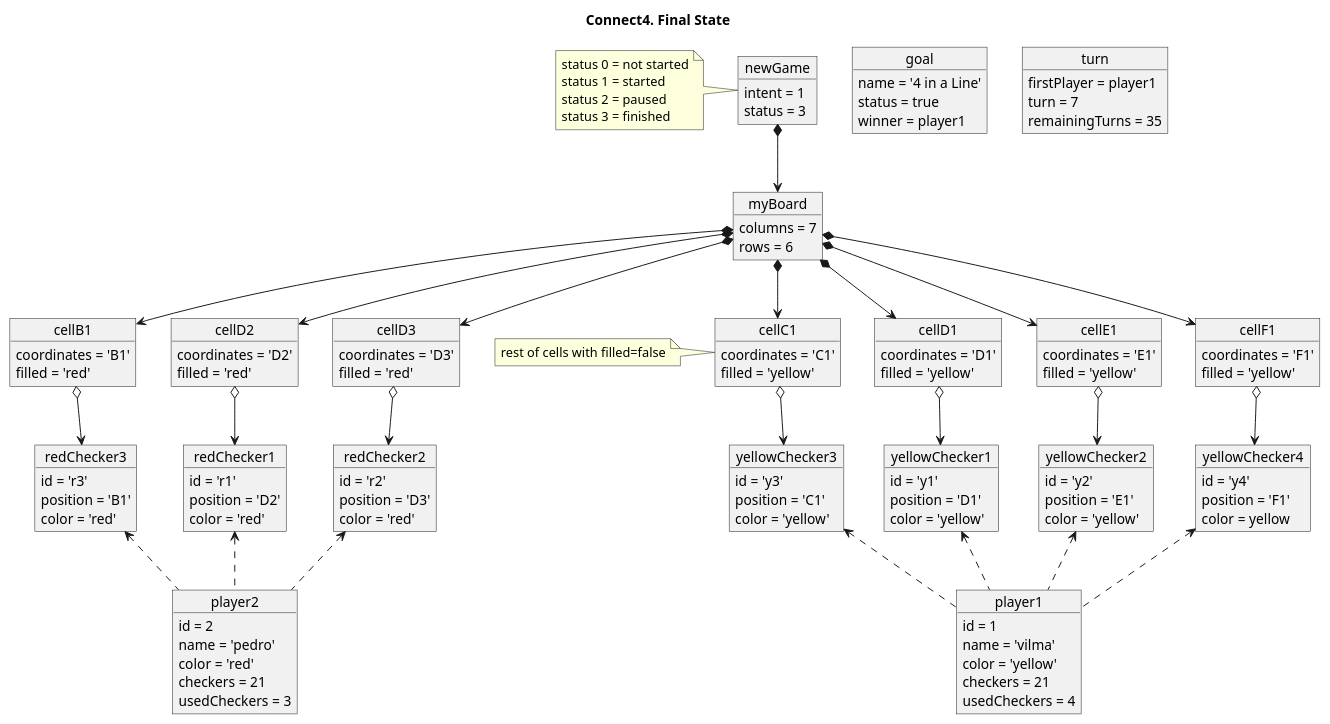
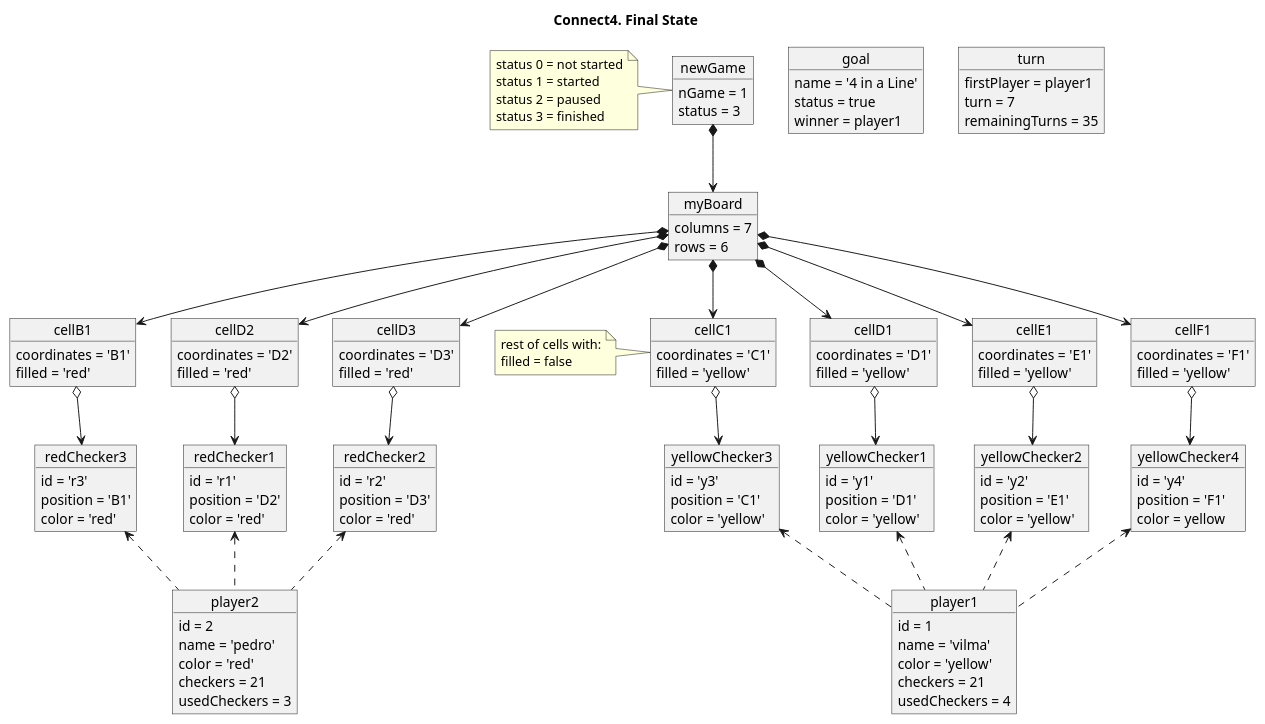
The diagram in tech-plantuml/game-connect4/semanaActual/docs/connect4--final-state.puml (USantaTecla-ed-mpds/lab-boole), drawn with PlantUML before and after one commit. The commit also changed 1 other file, not shown here.

```diff
--- a/tech-plantuml/game-connect4/semanaActual/docs/connect4--final-state.puml
+++ b/tech-plantuml/game-connect4/semanaActual/docs/connect4--final-state.puml
@@ -1,171 +1,172 @@
 @startuml connect4--final-state
 
 
 title Connect4. Final State
 
 object newGame
 note left of newGame
     status 0 = not started
     status 1 = started
     status 2 = paused
     status 3 = finished
 end note
 
 object myBoard
 object player1
 object player2
 object goal
 object turn
 
 
 
 object newGame {
-    intent = 1
+    nGame = 1
     status = 3
 }
 
 object goal {
     name = '4 in a Line'
     status = true
     winner = player1
 }
 
 object turn {
     firstPlayer = player1
     turn = 7
     remainingTurns = 35
 }
 
 object myBoard {
     columns = 7
     rows = 6
 }
 
 object cellD1 {
     coordinates = 'D1'
     filled = 'yellow'
 }
 
 object cellD2 {
     coordinates = 'D2'
     filled = 'red'
 }
 
 object cellE1 {
     coordinates = 'E1'
     filled = 'yellow'
 }
 
 object cellD3 {
     coordinates = 'D3'
     filled = 'red'
 }
 
 object cellC1 {
     coordinates = 'C1'
     filled = 'yellow'
 }
 
 object cellB1 {
     coordinates = 'B1'
     filled = 'red'
 }
 
 object cellF1 {
     coordinates = 'F1'
     filled = 'yellow'
 }
 
 note left of cellC1
-    rest of cells with filled=false
+    rest of cells with:
+    filled = false
 end note
 
 
 object yellowChecker1 {
     id = 'y1'
     position = 'D1'
     color = 'yellow'
 }
 
 object redChecker1 {
     id = 'r1'
     position = 'D2'
     color = 'red'
 }
 
 object yellowChecker2 {
     id = 'y2'
     position = 'E1'
     color = 'yellow'
 }
 
 object redChecker2 {
     id = 'r2'
     position = 'D3'
     color = 'red'
 }
 
 object yellowChecker3 {
     id = 'y3'
     position = 'C1'
     color = 'yellow'
 }
 
 object redChecker3 {
     id = 'r3'
     position = 'B1'
     color = 'red'
 }
 
 object yellowChecker4 {
     id = 'y4'
     position = 'F1'
     color = yellow
 }
 
 
 object player1 {
     id = 1
     name = 'vilma'
     color = 'yellow'
     checkers = 21
     usedCheckers = 4
 }
 
 object player2 {
     id = 2
     name = 'pedro'
     color = 'red'
     checkers = 21
     usedCheckers = 3
 }
 
 
 newGame *--> myBoard
 
 myBoard *--> cellD1
 myBoard *--> cellE1
 myBoard *--> cellC1
 myBoard *--> cellF1
 myBoard *--> cellD2
 myBoard *--> cellD3
 myBoard *--> cellB1
 
 cellD1 o--> yellowChecker1
 cellE1 o--> yellowChecker2
 cellC1 o--> yellowChecker3
 cellF1 o--> yellowChecker4
 cellD2 o--> redChecker1
 cellD3 o--> redChecker2
 cellB1 o--> redChecker3
 
 player1 .up.> yellowChecker1
 player1 .up.> yellowChecker2
 player1 .up.> yellowChecker3
 player1 .up.> yellowChecker4
 player2 .up.> redChecker1
 player2 .up.> redChecker2
 player2 .up.> redChecker3
 
 
 @enduml
```
